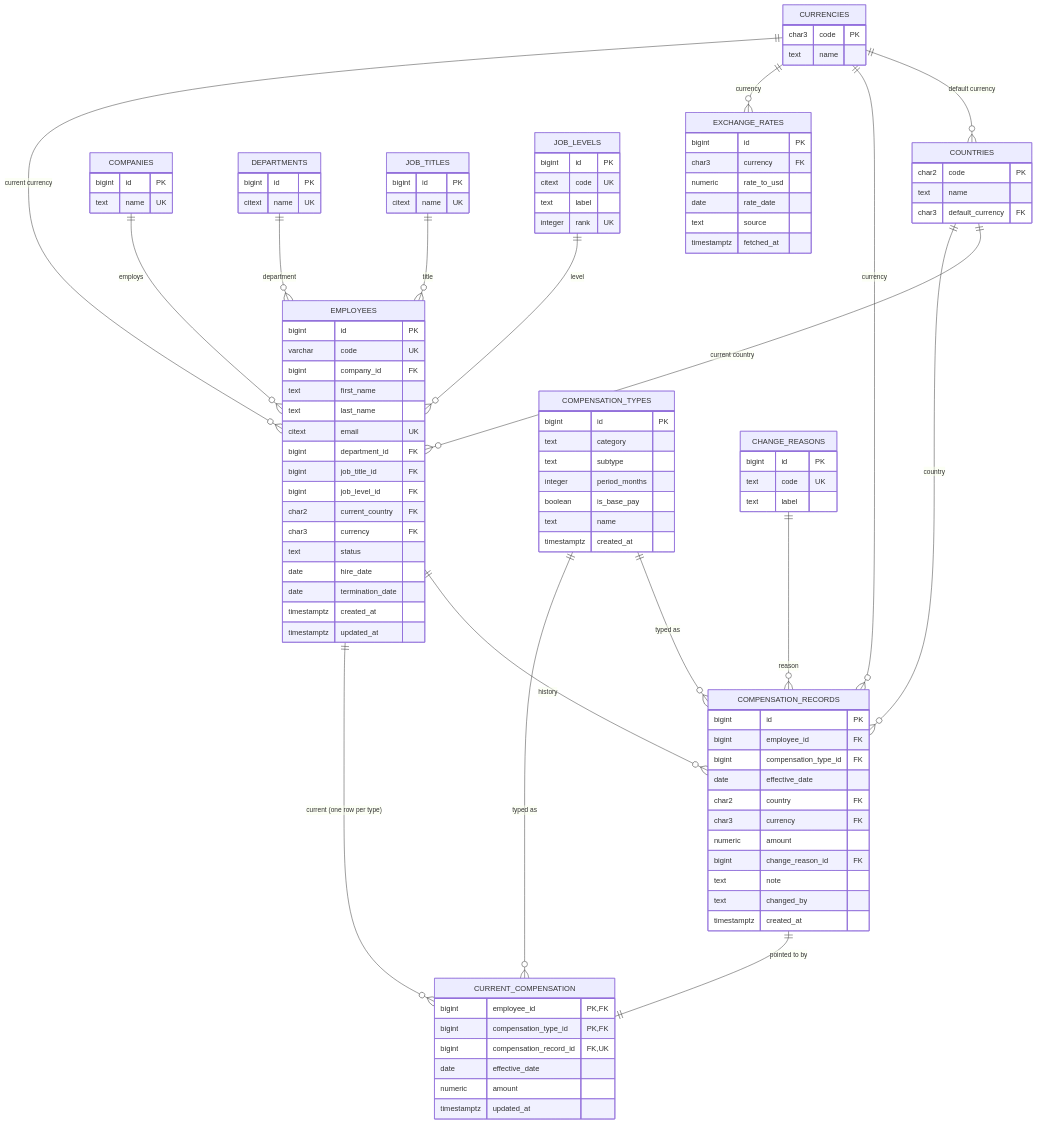
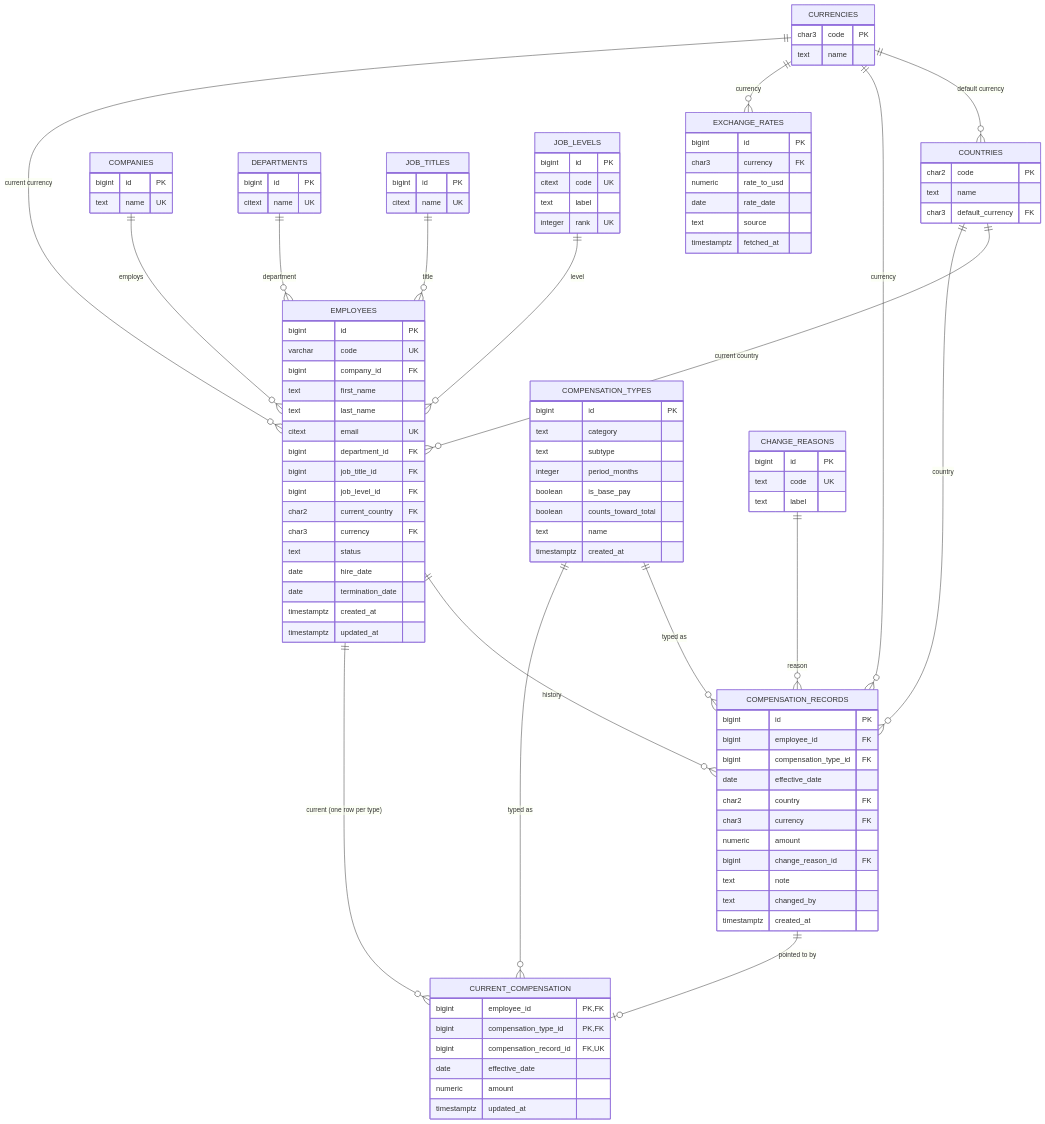
One commit to Vanshita1204/acme-salary-management changed the diagram in docs/DATABASE_DESIGN.md. Above: the diagram before and after it, drawn with Mermaid. The commit also changed other lines of this file and 13 other files, not shown here.

````diff
--- a/docs/DATABASE_DESIGN.md
+++ b/docs/DATABASE_DESIGN.md
@@ -68,6 +69,7 @@
         text subtype
         integer period_months
         boolean is_base_pay
+        boolean counts_toward_total
         text name
         timestamptz created_at
     }
@@ -121,5 +123,5 @@
     CHANGE_REASONS ||--o{ COMPENSATION_RECORDS : "reason"
     EMPLOYEES ||--o{ COMPENSATION_RECORDS : "history"
     EMPLOYEES ||--o{ CURRENT_COMPENSATION : "current (one row per type)"
-    COMPENSATION_RECORDS ||--|| CURRENT_COMPENSATION : "pointed to by"
+    COMPENSATION_RECORDS ||--o| CURRENT_COMPENSATION : "pointed to by"
 ```
````
